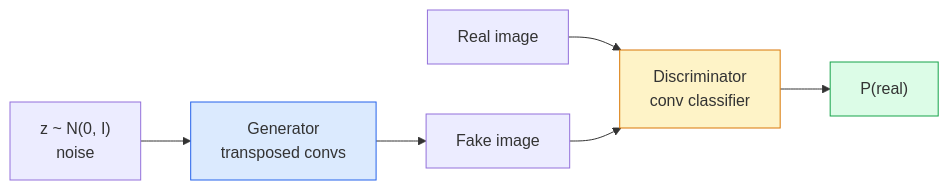
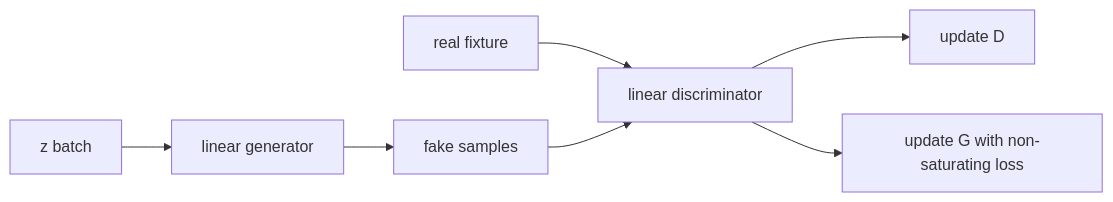
One commit to t3mr0i/ai-engineering-from-scratch changed the diagram in phases/04-computer-vision/09-image-generation-gans/docs/en.md. Above: the diagram before and after it, drawn with Mermaid. The commit also changed other lines of this file and 98 other files, not shown here.

````diff
--- a/phases/04-computer-vision/09-image-generation-gans/docs/en.md
+++ b/phases/04-computer-vision/09-image-generation-gans/docs/en.md
@@ -29,12 +36,9 @@
 ```mermaid
 flowchart LR
-    Z["z ~ N(0, I)<br/>noise"] --> G["Generator<br/>transposed convs"]
-    G --> FAKE["Fake image"]
-    REAL["Real image"] --> D["Discriminator<br/>conv classifier"]
-    FAKE --> D
-    D --> OUT["P(real)"]
-
-    style G fill:#dbeafe,stroke:#2563eb
-    style D fill:#fef3c7,stroke:#d97706
-    style OUT fill:#dcfce7,stroke:#16a34a
+    Z["z batch"] --> G["linear generator"]
+    G --> F["fake samples"]
+    R["real fixture"] --> D["linear discriminator"]
+    F --> D
+    D --> LD["update D"]
+    D --> LG["update G with non-saturating loss"]
 ```
````
